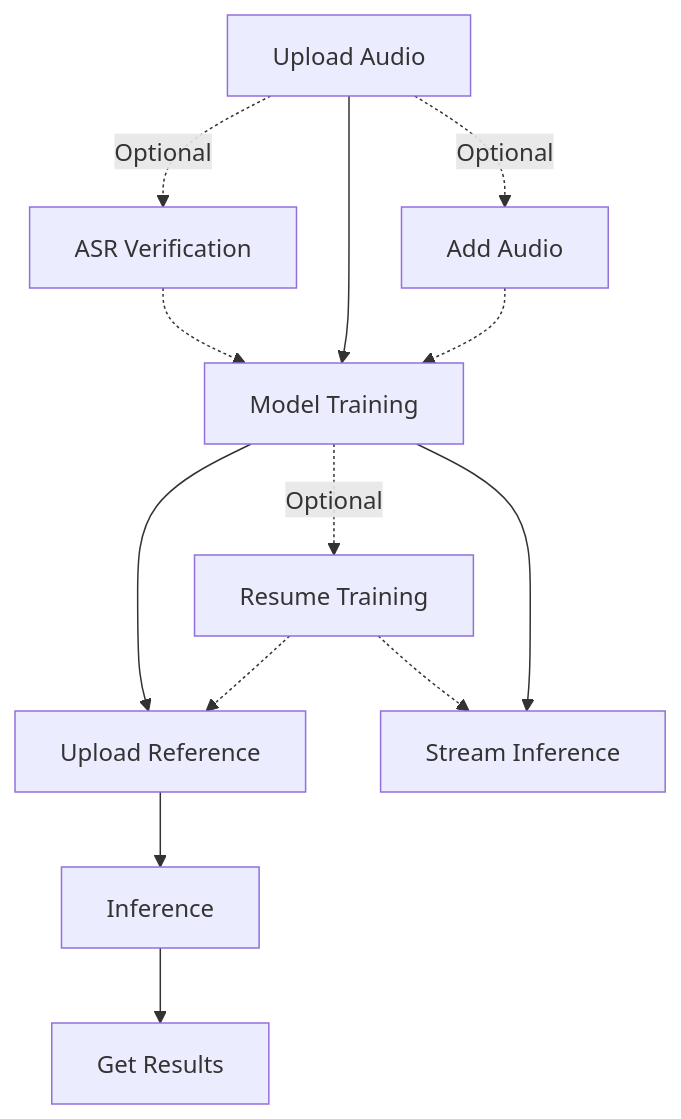
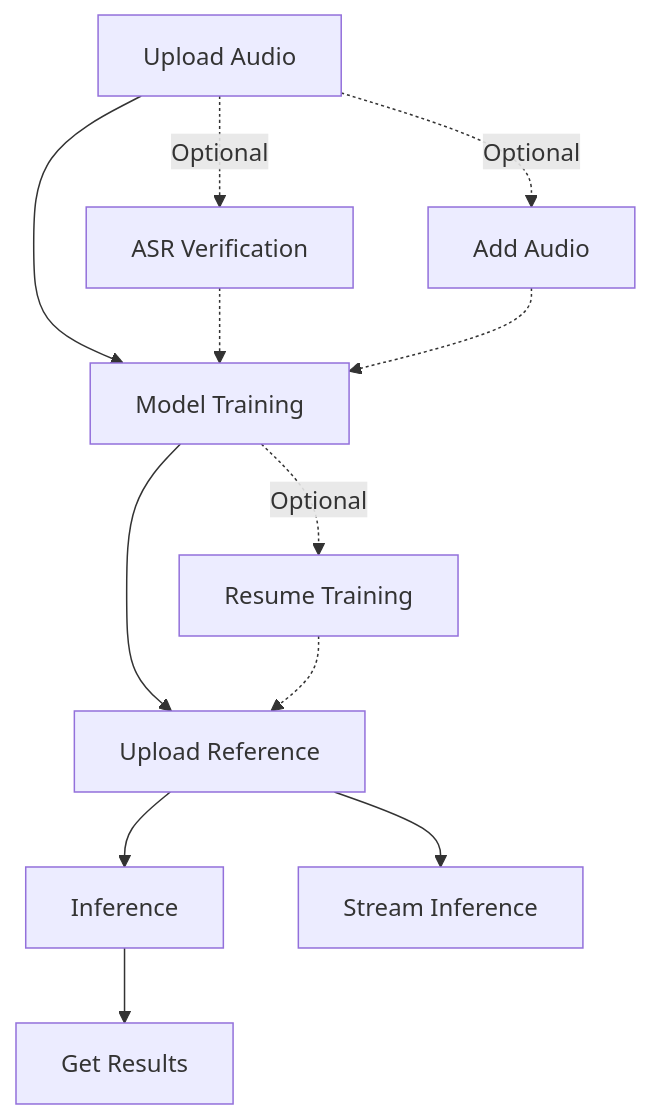
Before and after one commit to newsiquare/mockvox: the diagram in docs/en/api.md, drawn with Mermaid. The commit also changed other lines of this file and 1 other file, not shown here.

````diff
--- a/docs/en/api.md
+++ b/docs/en/api.md
@@ -46,15 +46,14 @@
 ```mermaid
 graph TD
     A[Upload Audio] -.-> |Optional| B[ASR Verification]
     A --> C[Model Training]
     B -.-> C
     A -.-> |Optional| H[Add Audio]
     H -.-> C
     C --> D[Upload Reference]
     C -.-> |Optional| E[Resume Training]
     E -.-> D
     D --> F[Inference]
     F --> G[Get Results]
-    C --> J[Stream Inference]
-    E -.-> J
+    D --> J[Stream Inference]
 ```
````
